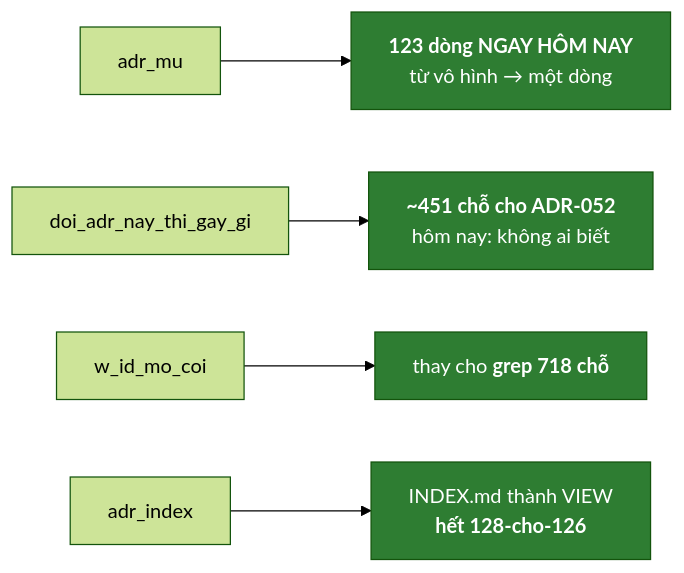
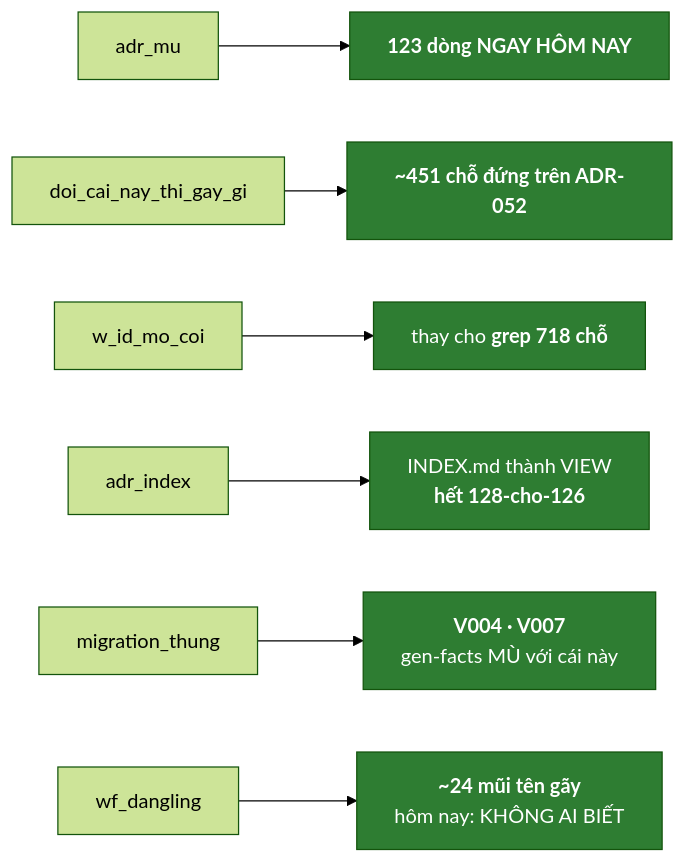
One commit to hitechpanda-dangnamhai/learning changed the third of 3 diagrams in WF_DB_DESIGN.md. Above: the diagram before and after it, drawn with Mermaid (forest theme). The commit also changed other lines of this file, not shown here.

````diff
--- a/WF_DB_DESIGN.md
+++ b/WF_DB_DESIGN.md
@@ -158,11 +212,15 @@
 ```mermaid
 graph LR
-  V1["adr_mu"] --> R1["<b>123 dòng NGAY HÔM NAY</b><br/>từ vô hình → một dòng"]
-  V2["doi_adr_nay_thi_gay_gi"] --> R2["<b>~451 chỗ cho ADR-052</b><br/>hôm nay: không ai biết"]
+  V1["adr_mu"] --> R1["<b>123 dòng NGAY HÔM NAY</b>"]
+  V2["doi_cai_nay_thi_gay_gi"] --> R2["<b>~451 chỗ đứng trên ADR-052</b>"]
   V3["w_id_mo_coi"] --> R3["thay cho <b>grep 718 chỗ</b>"]
   V4["adr_index"] --> R4["INDEX.md thành VIEW<br/><b>hết 128-cho-126</b>"]
+  V5["migration_thung"] --> R5["<b>V004 · V007</b><br/>gen-facts MÙ với cái này"]
+  V6["wf_dangling"] --> R6["<b>~24 mũi tên gãy</b><br/>hôm nay: KHÔNG AI BIẾT"]
   style R1 fill:#2e7d32,color:#fff
   style R2 fill:#2e7d32,color:#fff
   style R3 fill:#2e7d32,color:#fff
   style R4 fill:#2e7d32,color:#fff
+  style R5 fill:#2e7d32,color:#fff
+  style R6 fill:#2e7d32,color:#fff
 ```
````
